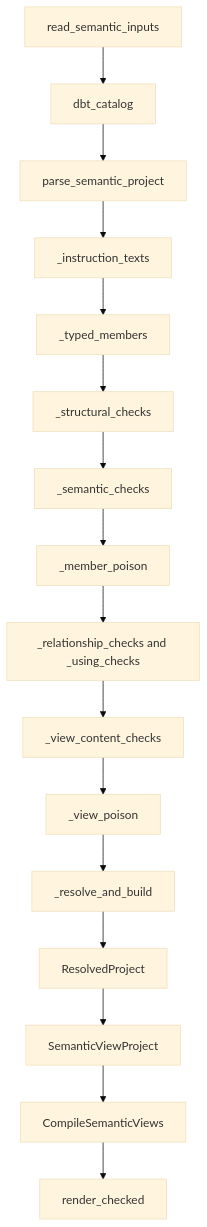
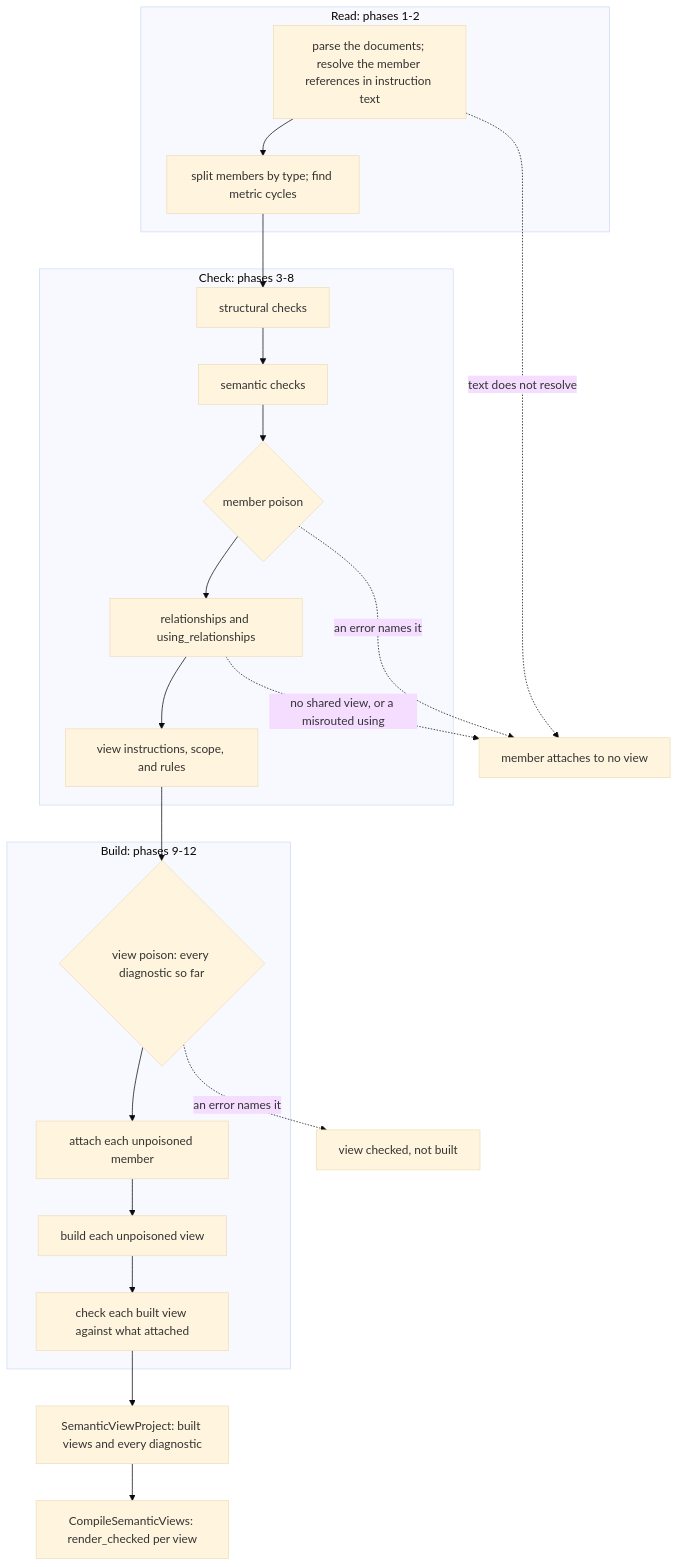
The fourth of 8 diagrams in docs/design/architecture.md (WhoopInc/snowflake-semantic-tools), drawn with Mermaid (base theme) before and after one commit. The commit also changed other lines of this file and 1 other file, not shown here.

Commit message:
docs: redraw the semantic-view load and state diagrams so they read at a glance

````diff
--- a/docs/design/architecture.md
+++ b/docs/design/architecture.md
@@ -267,18 +268,27 @@
 ```mermaid
 flowchart TD
-    A["read_semantic_inputs"] --> B["dbt_catalog"]
-    B --> C["parse_semantic_project"]
-    C --> D["_instruction_texts"]
-    D --> E["_typed_members"]
-    E --> F["_structural_checks"]
-    F --> G["_semantic_checks"]
-    G --> H["_member_poison"]
-    H --> I["_relationship_checks and _using_checks"]
-    I --> J["_view_content_checks"]
-    J --> K["_view_poison"]
-    K --> L["_resolve_and_build"]
-    L --> M["ResolvedProject"]
-    M --> N["SemanticViewProject"]
-    N --> O["CompileSemanticViews"]
-    O --> P["render_checked"]
+    subgraph read ["Read: phases 1-2"]
+        A["parse the documents; resolve the member references in instruction text"]
+        A --> B["split members by type; find metric cycles"]
+    end
+    subgraph check ["Check: phases 3-8"]
+        C["structural checks"] --> D["semantic checks"]
+        D --> MP{"member poison"}
+        MP --> E["relationships and using_relationships"]
+        E --> F["view instructions, scope, and rules"]
+    end
+    subgraph build ["Build: phases 9-12"]
+        VP{"view poison: every diagnostic so far"}
+        VP --> G["attach each unpoisoned member"]
+        G --> H["build each unpoisoned view"]
+        H --> I["check each built view against what attached"]
+    end
+    B --> C
+    F --> VP
+    A -. "text does not resolve" .-> XM["member attaches to no view"]
+    MP -. "an error names it" .-> XM
+    E -. "no shared view, or a misrouted using" .-> XM
+    VP -. "an error names it" .-> XV["view checked, not built"]
+    I --> R["SemanticViewProject: built views and every diagnostic"]
+    R --> S["CompileSemanticViews: render_checked per view"]
 ```
````
